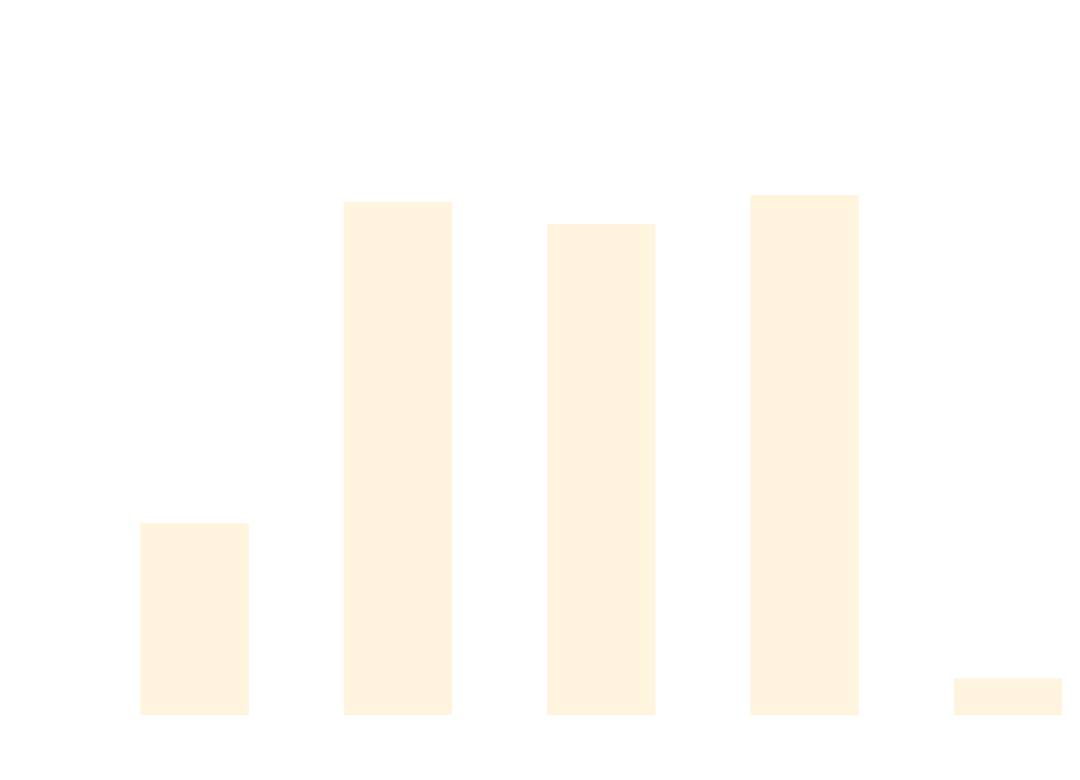
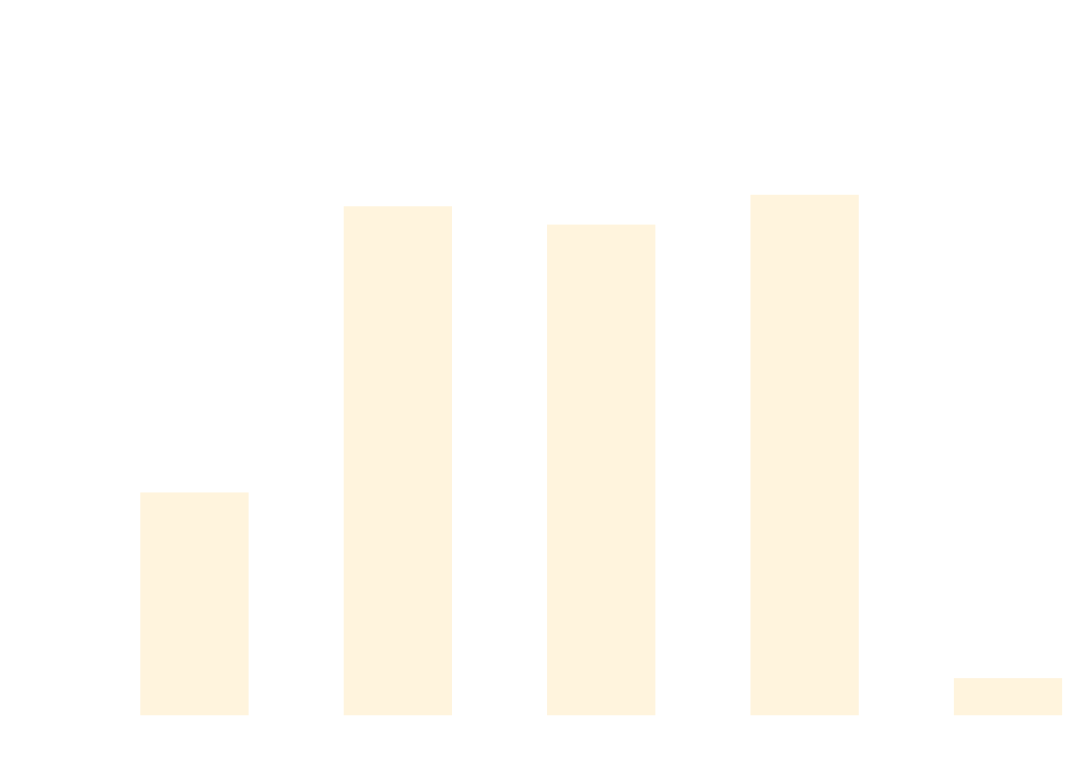
The diagram in docs/docs/benchmarks/MatrixTests.md (thomhurst/TUnit), drawn with Mermaid before and after one commit. The commit also changed other lines of this file and 17 other files, not shown here.

````diff
--- a/docs/docs/benchmarks/MatrixTests.md
+++ b/docs/docs/benchmarks/MatrixTests.md
@@ -27,37 +27,37 @@
 ```mermaid
 %%{init: {
   'theme':'base',
   'themeVariables': {
     'primaryColor': '#2563eb',
     'primaryTextColor': '#ffffff',
     'primaryBorderColor': '#1e40af',
     'lineColor': '#6b7280',
     'secondaryColor': '#7c3aed',
     'tertiaryColor': '#dc2626',
     'background': '#ffffff',
     'mainBkg': '#2563eb',
     'secondBkg': '#7c3aed',
     'tertiaryBkg': '#dc2626',
     'clusterBkg': '#f3f4f6',
     'edgeLabelBackground': '#ffffff',
     'tertiaryTextColor': '#1f2937',
     'pie1': '#2563eb',
     'pie2': '#7c3aed',
     'pie3': '#dc2626',
     'pie4': '#f59e0b',
     'pie5': '#10b981',
     'pie6': '#06b6d4',
     'pie7': '#ec4899',
     'pie8': '#6366f1',
     'pie9': '#84cc16',
     'pie10': '#f97316',
     'pie11': '#14b8a6',
     'pie12': '#a855f7'
   }
 }}%%
 xychart-beta
   title "MatrixTests Performance Comparison"
   x-axis ["TUnit", "NUnit", "MSTest", "xUnit3", "TUnit_AOT"]
-  y-axis "Time (ms)" 0 --> 1924
-  bar [567.81, 1581.42, 1511.21, 1602.65, 78.94]
+  y-axis "Time (ms)" 0 --> 1950
+  bar [674.15, 1588.16, 1529.69, 1624.99, 80.95]
 ```
````
